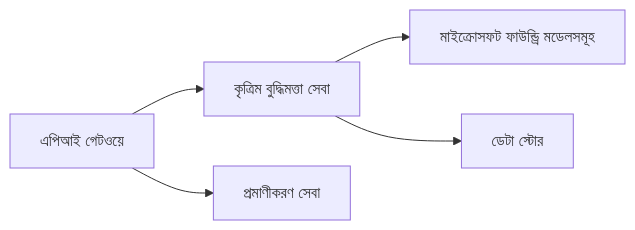
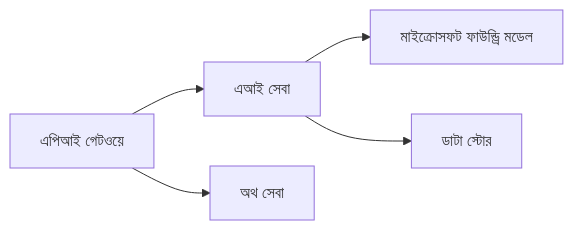
Before and after one commit to microsoft/AZD-for-beginners: the first of 2 diagrams in translations/bn/docs/chapter-08-production/README.md, drawn with Mermaid. The commit also changed other lines of this file and 62 other files, not shown here.

````diff
--- a/translations/bn/docs/chapter-08-production/README.md
+++ b/translations/bn/docs/chapter-08-production/README.md
@@ -48,6 +48,6 @@
 ```mermaid
 graph LR
-    Gateway[এপিআই গেটওয়ে] --> AI[কৃত্রিম বুদ্ধিমত্তা সেবা] --> Models[মাইক্রোসফট ফাউন্ড্রি মডেলসমূহ]
-    Gateway --> Auth[প্রমাণীকরণ সেবা]
-    AI --> Data[ডেটা স্টোর]
+    Gateway[এপিআই গেটওয়ে] --> AI[এআই সেবা] --> Models[মাইক্রোসফট ফাউন্ড্রি মডেল]
+    Gateway --> Auth[অথ সেবা]
+    AI --> Data[ডাটা স্টোর]
 ```
````
